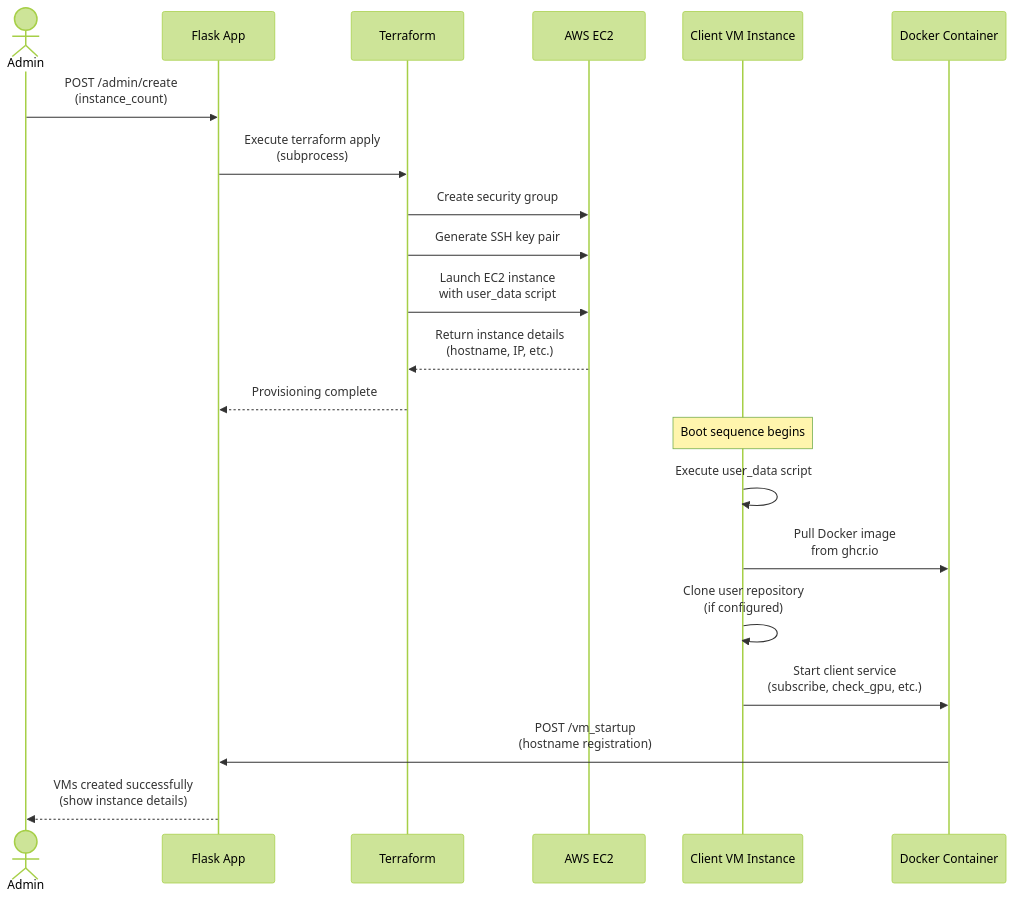
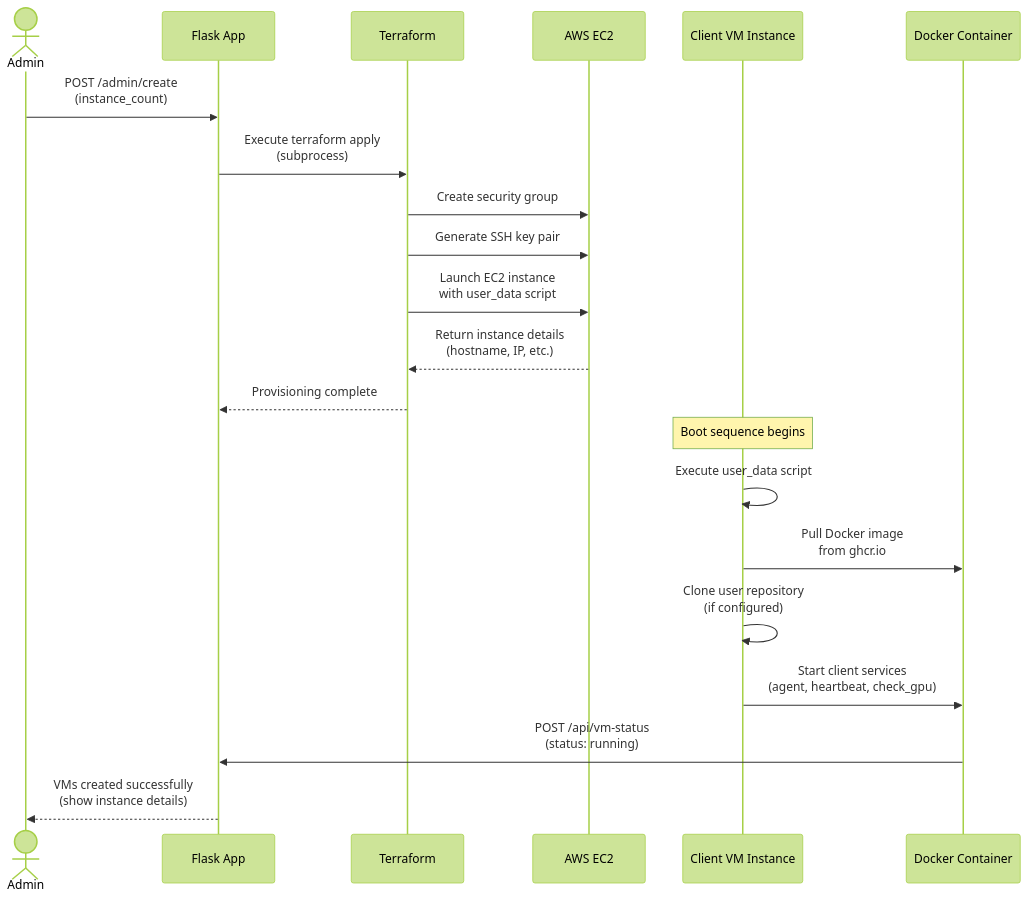
The fourth of 5 diagrams in docs/architecture.md (talmolab/lablink), drawn with Mermaid (forest theme) before and after one commit. The commit also changed other lines of this file and 2 other files, not shown here.

````diff
--- a/docs/architecture.md
+++ b/docs/architecture.md
@@ -306,28 +356,28 @@
 ```mermaid
 sequenceDiagram
     actor Admin
     participant Flask as Flask App
     participant Terraform
     participant AWS as AWS EC2
     participant VM as Client VM Instance
     participant Docker as Docker Container
 
     Admin->>Flask: POST /admin/create<br/>(instance_count)
     Flask->>Terraform: Execute terraform apply<br/>(subprocess)
 
     Terraform->>AWS: Create security group
     Terraform->>AWS: Generate SSH key pair
     Terraform->>AWS: Launch EC2 instance<br/>with user_data script
     AWS-->>Terraform: Return instance details<br/>(hostname, IP, etc.)
     Terraform-->>Flask: Provisioning complete
 
     Note over VM: Boot sequence begins
     VM->>VM: Execute user_data script
 
     VM->>Docker: Pull Docker image<br/>from ghcr.io
     VM->>VM: Clone user repository<br/>(if configured)
-    VM->>Docker: Start client service<br/>(subscribe, check_gpu, etc.)
-    Docker->>Flask: POST /vm_startup<br/>(hostname registration)
+    VM->>Docker: Start client services<br/>(agent, heartbeat, check_gpu)
+    Docker->>Flask: POST /api/vm-status<br/>(status: running)
 
     Flask-->>Admin: VMs created successfully<br/>(show instance details)
 ```
````
